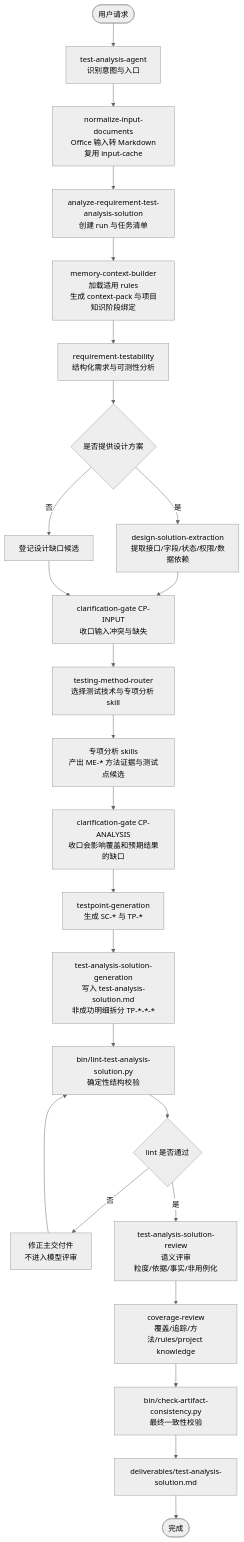
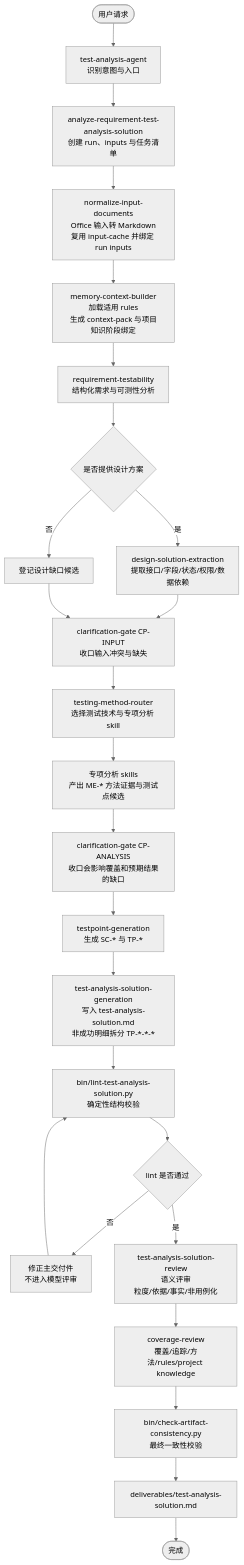
One commit to szluoqy-byte/Test-Analysis-Agent-MM changed the second of 2 diagrams in docs/test-analysis-agent-design.md. Above: the diagram before and after it, drawn with Mermaid (neutral theme). The commit also changed other lines of this file and 16 other files, not shown here.

Commit message:
feat: bind normalized inputs to run dirs

````diff
--- a/docs/test-analysis-agent-design.md
+++ b/docs/test-analysis-agent-design.md
@@ -109,28 +109,28 @@
 ```mermaid
 flowchart TD
   start([用户请求])
   start --> agent[test-analysis-agent<br/>识别意图与入口]
-  agent --> normalize["normalize-input-documents<br/>Office 输入转 Markdown<br/>复用 input-cache"]
-  normalize --> main[analyze-requirement-test-analysis-solution<br/>创建 run 与任务清单]
-  main --> ctx[memory-context-builder<br/>加载适用 rules<br/>生成 context-pack 与项目知识阶段绑定]
+  agent --> main["analyze-requirement-test-analysis-solution<br/>创建 run、inputs 与任务清单"]
+  main --> normalize["normalize-input-documents<br/>Office 输入转 Markdown<br/>复用 input-cache 并绑定 run inputs"]
+  normalize --> ctx["memory-context-builder<br/>加载适用 rules<br/>生成 context-pack 与项目知识阶段绑定"]
   ctx --> req[requirement-testability<br/>结构化需求与可测性分析]
   req --> hasDesign{是否提供设计方案}
   hasDesign -- 是 --> design[design-solution-extraction<br/>提取接口/字段/状态/权限/数据依赖]
   hasDesign -- 否 --> designGap[登记设计缺口候选]
   design --> cpInput[clarification-gate CP-INPUT<br/>收口输入冲突与缺失]
   designGap --> cpInput
   cpInput --> route[testing-method-router<br/>选择测试技术与专项分析 skill]
   route --> methods[专项分析 skills<br/>产出 ME-* 方法证据与测试点候选]
   methods --> cpAnalysis[clarification-gate CP-ANALYSIS<br/>收口会影响覆盖和预期结果的缺口]
   cpAnalysis --> tp[testpoint-generation<br/>生成 SC-* 与 TP-*]
   tp --> analysis[test-analysis-solution-generation<br/>写入 test-analysis-solution.md<br/>非成功明细拆分 TP-*-*-*]
   analysis --> lint[bin/lint-test-analysis-solution.py<br/>确定性结构校验]
   lint --> lintDecision{lint 是否通过}
   lintDecision -- 否 --> fix[修正主交付件<br/>不进入模型评审]
   fix --> lint
   lintDecision -- 是 --> review[test-analysis-solution-review<br/>语义评审<br/>粒度/依据/事实/非用例化]
   review --> coverage[coverage-review<br/>覆盖/追踪/方法/rules/project knowledge]
   coverage --> consistency[bin/check-artifact-consistency.py<br/>最终一致性校验]
   consistency --> output[deliverables/test-analysis-solution.md]
   output --> finish([完成])
 ```
````
